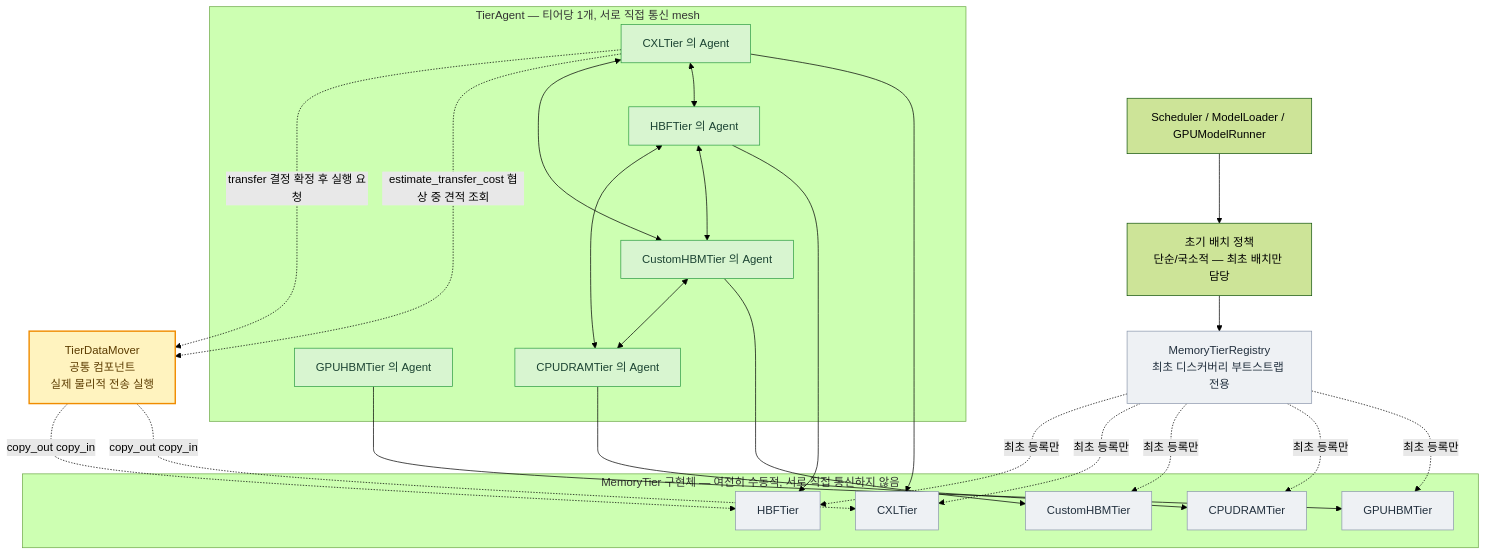
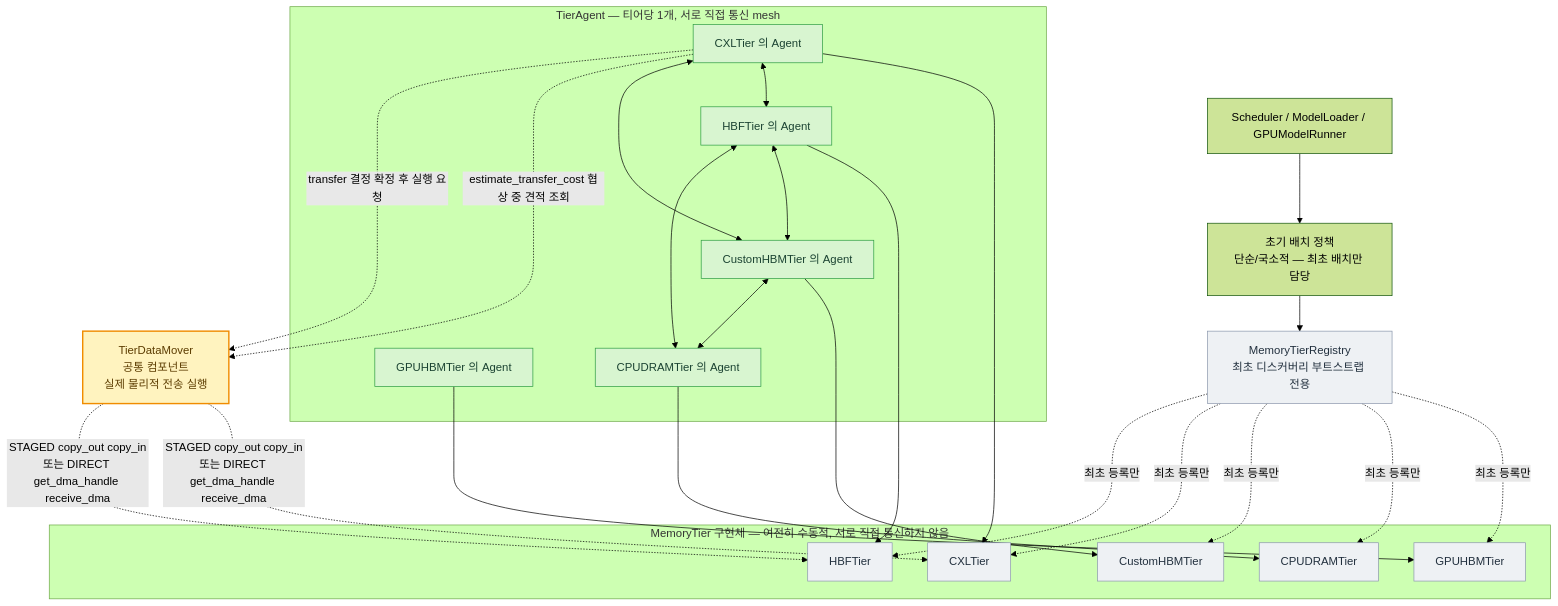
One commit to mkim0628/vllm changed the third of 4 diagrams in doc-mk/vllm-memory-coordination-locus-candidates.md. Above: the diagram before and after it, drawn with Mermaid (forest theme). The commit also changed other lines of this file and 3 other files, not shown here.

````diff
--- a/doc-mk/vllm-memory-coordination-locus-candidates.md
+++ b/doc-mk/vllm-memory-coordination-locus-candidates.md
@@ -208,56 +230,56 @@
 ```mermaid
 graph TD
     SCHED["Scheduler / ModelLoader / GPUModelRunner"]
     IPOLICY["초기 배치 정책<br/>단순/국소적 — 최초 배치만 담당"]
     REG["MemoryTierRegistry<br/>최초 디스커버리 부트스트랩 전용"]
     MOVER["TierDataMover<br/>공통 컴포넌트<br/>실제 물리적 전송 실행"]
 
     subgraph AGENTS["TierAgent — 티어당 1개, 서로 직접 통신 mesh"]
         GPUHBMA["GPUHBMTier 의 Agent"]
         DRAMA["CPUDRAMTier 의 Agent"]
         CUSTOMA["CustomHBMTier 의 Agent"]
         CXLA["CXLTier 의 Agent"]
         HBFA["HBFTier 의 Agent"]
     end
 
     subgraph TIERS["MemoryTier 구현체 — 여전히 수동적, 서로 직접 통신하지 않음"]
         GPUHBM["GPUHBMTier"]
         DRAMT["CPUDRAMTier"]
         CUSTOMT["CustomHBMTier"]
         CXLT["CXLTier"]
         HBFT["HBFTier"]
     end
 
     SCHED --> IPOLICY --> REG
     REG -. "최초 등록만" .-> GPUHBM
     REG -. "최초 등록만" .-> DRAMT
     REG -. "최초 등록만" .-> CUSTOMT
     REG -. "최초 등록만" .-> CXLT
     REG -. "최초 등록만" .-> HBFT
 
     GPUHBMA --> GPUHBM
     DRAMA --> DRAMT
     CUSTOMA --> CUSTOMT
     CXLA --> CXLT
     HBFA --> HBFT
 
     CXLA <--> HBFA
     CXLA <--> CUSTOMA
     HBFA <--> CUSTOMA
     HBFA <--> DRAMA
     CUSTOMA <--> DRAMA
 
     CXLA -. "estimate_transfer_cost 협상 중 견적 조회" .-> MOVER
     CXLA -. "transfer 결정 확정 후 실행 요청" .-> MOVER
-    MOVER -. "copy_out copy_in" .-> CXLT
-    MOVER -. "copy_out copy_in" .-> HBFT
+    MOVER -. "STAGED copy_out copy_in<br/>또는 DIRECT get_dma_handle receive_dma" .-> CXLT
+    MOVER -. "STAGED copy_out copy_in<br/>또는 DIRECT get_dma_handle receive_dma" .-> HBFT
 
     classDef tierBox fill:#eef1f4,stroke:#8d99ae,color:#22303e,stroke-width:1px;
     classDef agentBox fill:#d8f5d0,stroke:#2f9e44,color:#1b4332,stroke-width:1px;
     classDef regBox fill:#eef1f4,stroke:#8d99ae,color:#22303e,stroke-width:1px;
     classDef moverBox fill:#fff3bf,stroke:#f08c00,color:#5c3c00,stroke-width:2px;
     class GPUHBM,DRAMT,CUSTOMT,CXLT,HBFT tierBox
     class GPUHBMA,DRAMA,CUSTOMA,CXLA,HBFA agentBox
     class REG regBox
     class MOVER moverBox
 ```
````
